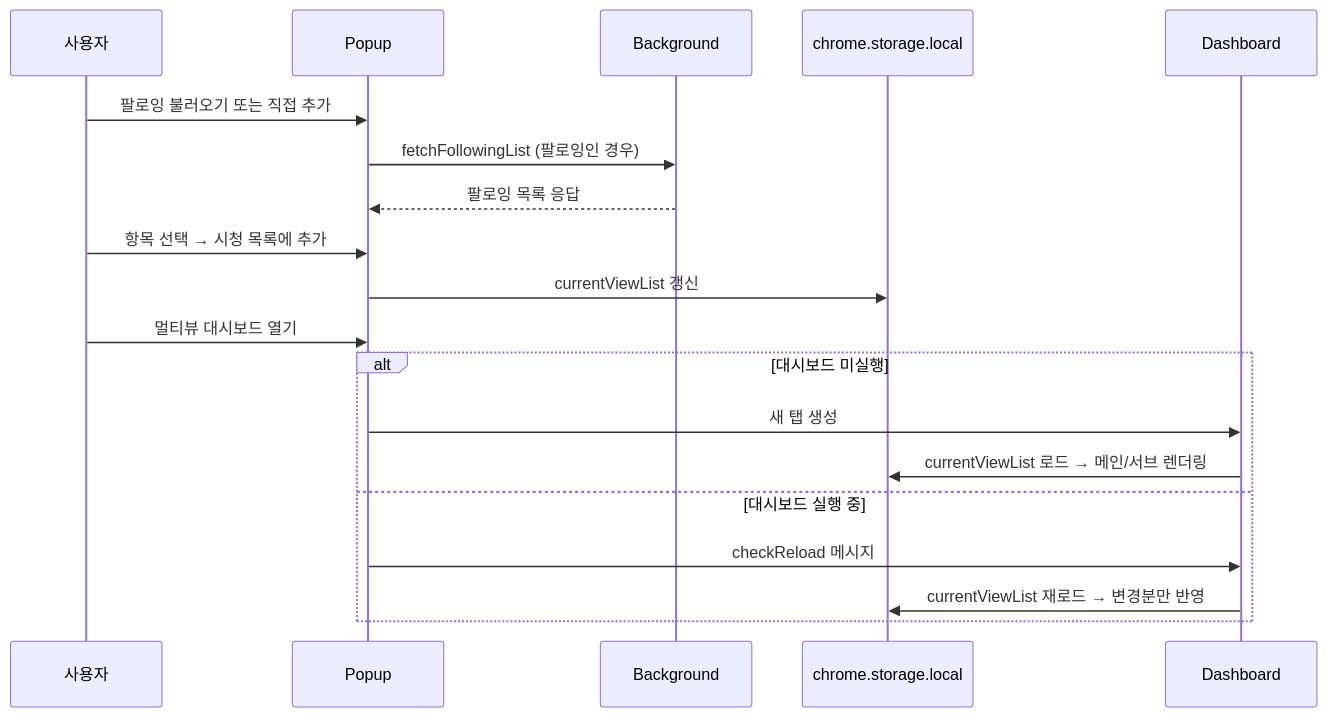
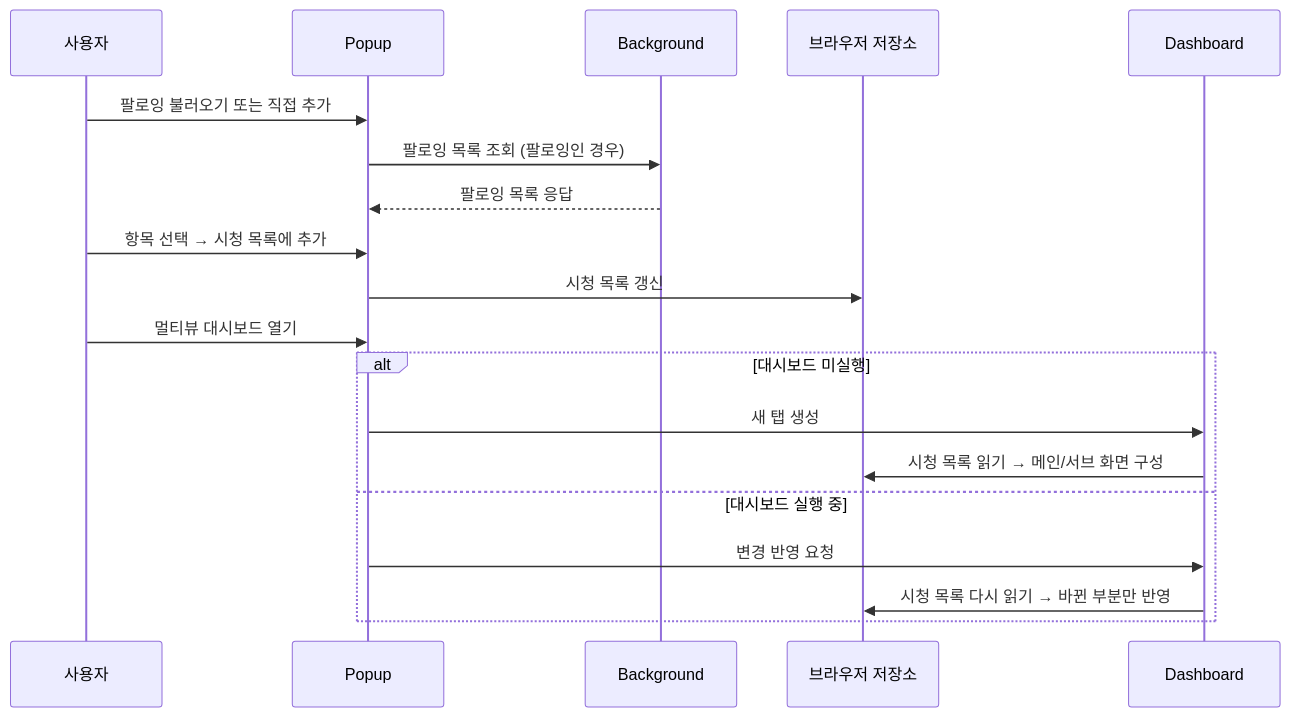
The first of 3 diagrams in document/Flows.md (QYnote/ChzzkMultiViewer), drawn with Mermaid before and after one commit. The commit also changed other lines of this file and 11 other files, not shown here.

````diff
--- a/document/Flows.md
+++ b/document/Flows.md
@@ -12,22 +12,22 @@
 ```mermaid
 sequenceDiagram
   participant U as 사용자
   participant P as Popup
   participant BG as Background
-  participant S as chrome.storage.local
+  participant S as 브라우저 저장소
   participant D as Dashboard
 
   U->>P: 팔로잉 불러오기 또는 직접 추가
-  P->>BG: fetchFollowingList (팔로잉인 경우)
+  P->>BG: 팔로잉 목록 조회 (팔로잉인 경우)
   BG-->>P: 팔로잉 목록 응답
   U->>P: 항목 선택 → 시청 목록에 추가
-  P->>S: currentViewList 갱신
+  P->>S: 시청 목록 갱신
   U->>P: 멀티뷰 대시보드 열기
   alt 대시보드 미실행
     P->>D: 새 탭 생성
-    D->>S: currentViewList 로드 → 메인/서브 렌더링
+    D->>S: 시청 목록 읽기 → 메인/서브 화면 구성
   else 대시보드 실행 중
-    P->>D: checkReload 메시지
-    D->>S: currentViewList 재로드 → 변경분만 반영
+    P->>D: 변경 반영 요청
+    D->>S: 시청 목록 다시 읽기 → 바뀐 부분만 반영
   end
 ```
````
